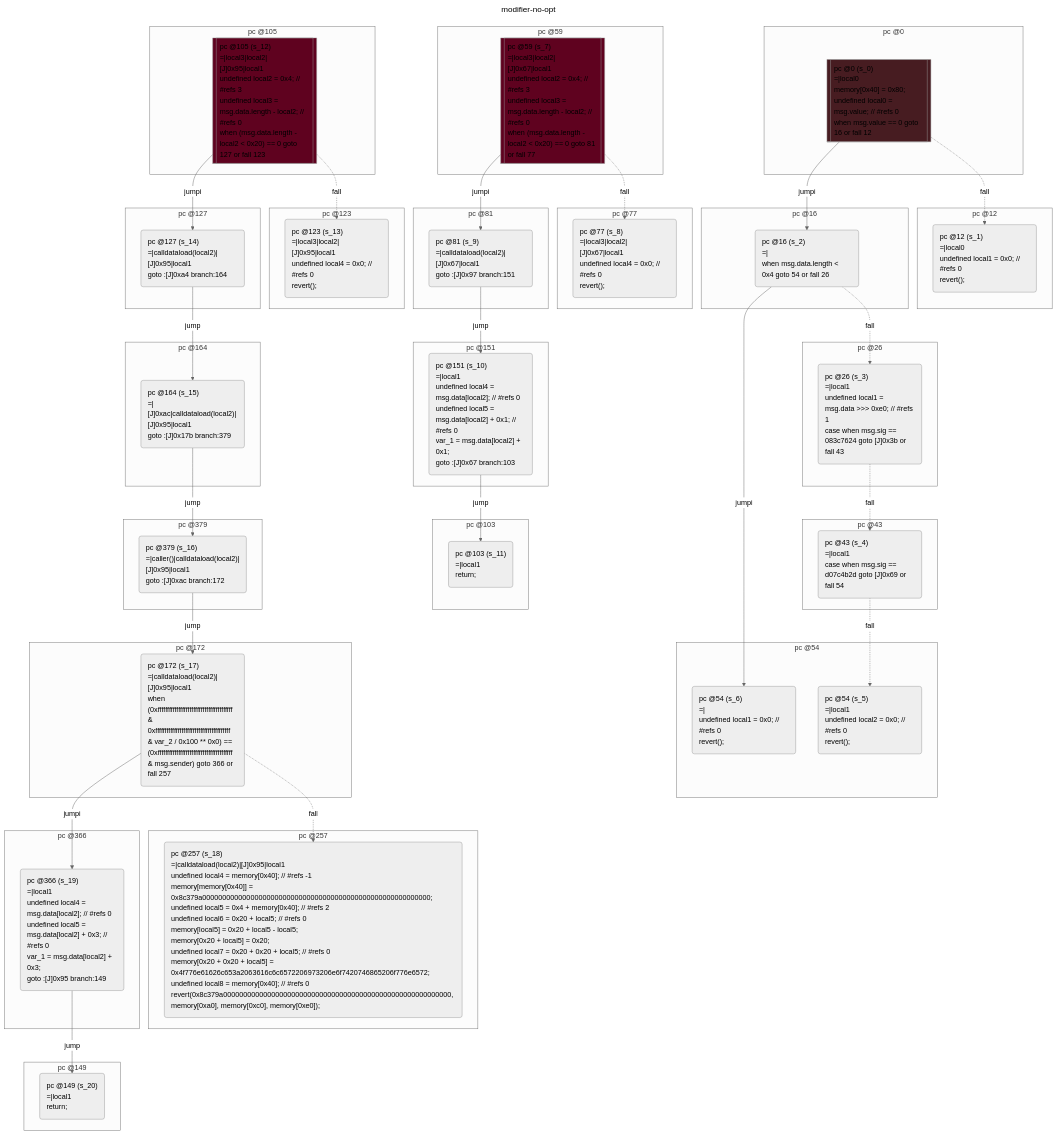
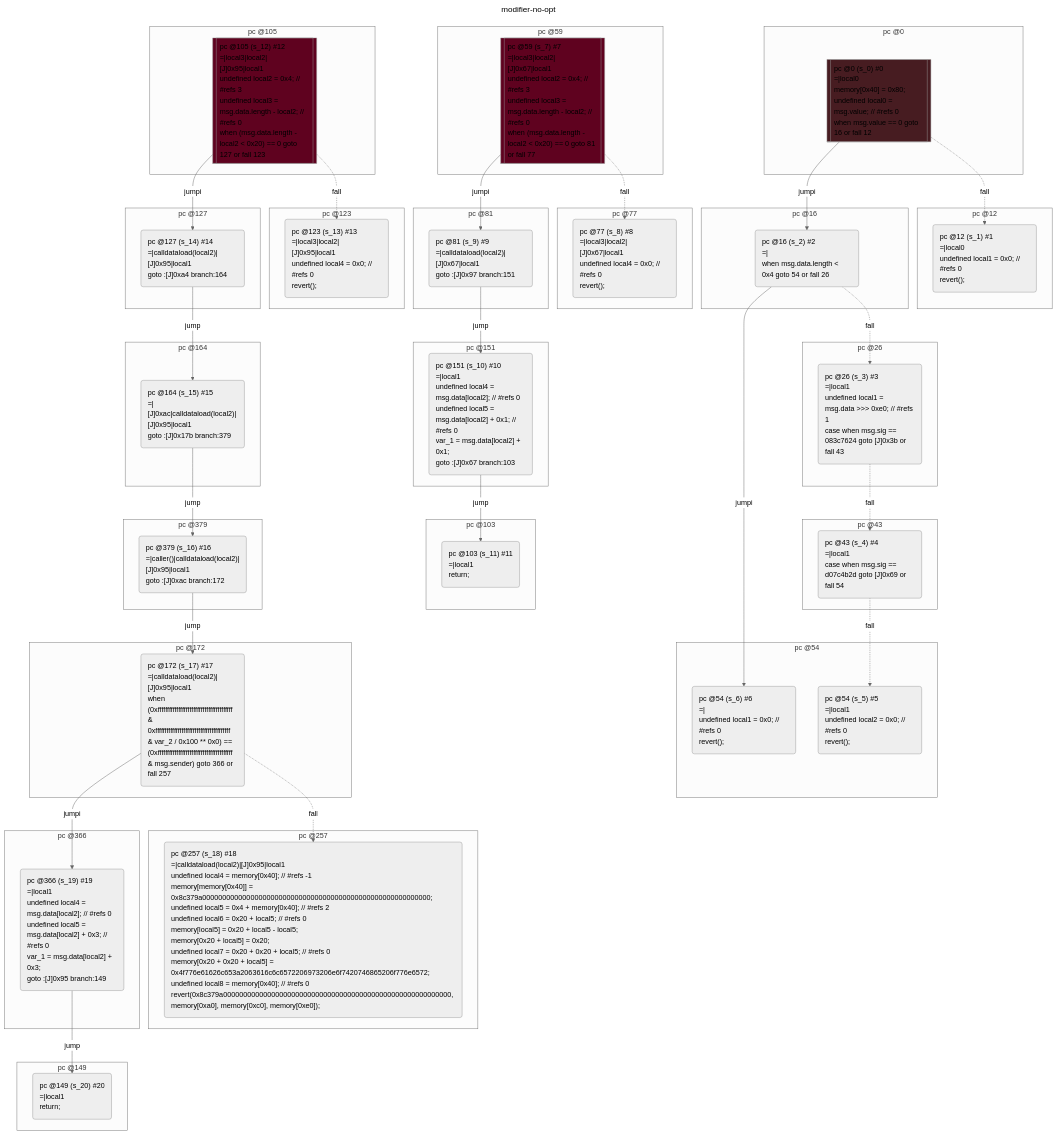
Before and after one commit to acuarica/evm: the first of 2 diagrams in test/__snapshots__/contracts/control/modifier.snap.md, drawn with Mermaid (neutral theme). The commit also changed other lines of this file and 18 other files, not shown here.

```diff
--- a/test/__snapshots__/contracts/control/modifier.snap.md
+++ b/test/__snapshots__/contracts/control/modifier.snap.md
@@ -101,7 +101,7 @@
 flowchart TD
   classDef state text-align:left
   subgraph cluster_0 ["pc @0"]
-    s_0[["pc @0 (s_0)
+    s_0[["pc @0 (s_0) #0
 =|local0
 memory[0x40] = 0x80;
 undefined local0 = msg.value; // #refs 0
@@ -111,7 +111,7 @@
     style s_0 fill:#471C21
   end
   subgraph cluster_12 ["pc @12"]
-    s_1("pc @12 (s_1)
+    s_1("pc @12 (s_1) #1
 =|local0
 undefined local1 = 0x0; // #refs 0
 revert();
@@ -119,14 +119,14 @@
     class s_1 state
   end
   subgraph cluster_16 ["pc @16"]
-    s_2("pc @16 (s_2)
+    s_2("pc @16 (s_2) #2
 =|
 when msg.data.length < 0x4 goto 54 or fall 26
 ")
     class s_2 state
   end
   subgraph cluster_26 ["pc @26"]
-    s_3("pc @26 (s_3)
+    s_3("pc @26 (s_3) #3
 =|local1
 undefined local1 = msg.data >>> 0xe0; // #refs 1
 case when msg.sig == 083c7624 goto [J]0x3b or fall 43
@@ -134,20 +134,20 @@
     class s_3 state
   end
   subgraph cluster_43 ["pc @43"]
-    s_4("pc @43 (s_4)
+    s_4("pc @43 (s_4) #4
 =|local1
 case when msg.sig == d07c4b2d goto [J]0x69 or fall 54
 ")
     class s_4 state
   end
   subgraph cluster_54 ["pc @54"]
-    s_5("pc @54 (s_5)
+    s_5("pc @54 (s_5) #5
 =|local1
 undefined local2 = 0x0; // #refs 0
 revert();
 ")
     class s_5 state
-    s_6("pc @54 (s_6)
+    s_6("pc @54 (s_6) #6
 =|
 undefined local1 = 0x0; // #refs 0
 revert();
@@ -155,7 +155,7 @@
     class s_6 state
   end
   subgraph cluster_59 ["pc @59"]
-    s_7[["pc @59 (s_7)
+    s_7[["pc @59 (s_7) #7
 =|local3|local2|[J]0x67|local1
 undefined local2 = 0x4; // #refs 3
 undefined local3 = msg.data.length - local2; // #refs 0
@@ -165,7 +165,7 @@
     style s_7 fill:#5F021F
   end
   subgraph cluster_77 ["pc @77"]
-    s_8("pc @77 (s_8)
+    s_8("pc @77 (s_8) #8
 =|local3|local2|[J]0x67|local1
 undefined local4 = 0x0; // #refs 0
 revert();
@@ -173,14 +173,14 @@
     class s_8 state
   end
   subgraph cluster_81 ["pc @81"]
-    s_9("pc @81 (s_9)
+    s_9("pc @81 (s_9) #9
 =|calldataload(local2)|[J]0x67|local1
 goto :[J]0x97 branch:151
 ")
     class s_9 state
   end
   subgraph cluster_151 ["pc @151"]
-    s_10("pc @151 (s_10)
+    s_10("pc @151 (s_10) #10
 =|local1
 undefined local4 = msg.data[local2]; // #refs 0
 undefined local5 = msg.data[local2] + 0x1; // #refs 0
@@ -190,14 +190,14 @@
     class s_10 state
   end
   subgraph cluster_103 ["pc @103"]
-    s_11("pc @103 (s_11)
+    s_11("pc @103 (s_11) #11
 =|local1
 return;
 ")
     class s_11 state
   end
   subgraph cluster_105 ["pc @105"]
-    s_12[["pc @105 (s_12)
+    s_12[["pc @105 (s_12) #12
 =|local3|local2|[J]0x95|local1
 undefined local2 = 0x4; // #refs 3
 undefined local3 = msg.data.length - local2; // #refs 0
@@ -207,7 +207,7 @@
     style s_12 fill:#5F021F
   end
   subgraph cluster_123 ["pc @123"]
-    s_13("pc @123 (s_13)
+    s_13("pc @123 (s_13) #13
 =|local3|local2|[J]0x95|local1
 undefined local4 = 0x0; // #refs 0
 revert();
@@ -215,35 +215,35 @@
     class s_13 state
   end
   subgraph cluster_127 ["pc @127"]
-    s_14("pc @127 (s_14)
+    s_14("pc @127 (s_14) #14
 =|calldataload(local2)|[J]0x95|local1
 goto :[J]0xa4 branch:164
 ")
     class s_14 state
   end
   subgraph cluster_164 ["pc @164"]
-    s_15("pc @164 (s_15)
+    s_15("pc @164 (s_15) #15
 =|[J]0xac|calldataload(local2)|[J]0x95|local1
 goto :[J]0x17b branch:379
 ")
     class s_15 state
   end
   subgraph cluster_379 ["pc @379"]
-    s_16("pc @379 (s_16)
+    s_16("pc @379 (s_16) #16
 =|caller()|calldataload(local2)|[J]0x95|local1
 goto :[J]0xac branch:172
 ")
     class s_16 state
   end
   subgraph cluster_172 ["pc @172"]
-    s_17("pc @172 (s_17)
+    s_17("pc @172 (s_17) #17
 =|calldataload(local2)|[J]0x95|local1
 when (0xffffffffffffffffffffffffffffffffffffffff & 0xffffffffffffffffffffffffffffffffffffffff & var_2 / 0x100 ** 0x0) == (0xffffffffffffffffffffffffffffffffffffffff & msg.sender) goto 366 or fall 257
 ")
     class s_17 state
   end
   subgraph cluster_257 ["pc @257"]
-    s_18("pc @257 (s_18)
+    s_18("pc @257 (s_18) #18
 =|calldataload(local2)|[J]0x95|local1
 undefined local4 = memory[0x40]; // #refs -1
 memory[memory[0x40]] = 0x8c379a000000000000000000000000000000000000000000000000000000000;
@@ -259,7 +259,7 @@
     class s_18 state
   end
   subgraph cluster_366 ["pc @366"]
-    s_19("pc @366 (s_19)
+    s_19("pc @366 (s_19) #19
 =|local1
 undefined local4 = msg.data[local2]; // #refs 0
 undefined local5 = msg.data[local2] + 0x3; // #refs 0
@@ -269,7 +269,7 @@
     class s_19 state
   end
   subgraph cluster_149 ["pc @149"]
-    s_20("pc @149 (s_20)
+    s_20("pc @149 (s_20) #20
 =|local1
 return;
 ")
```
